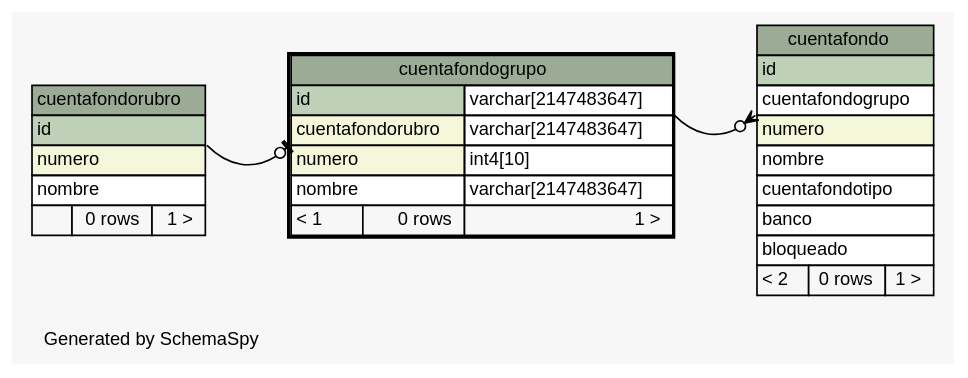
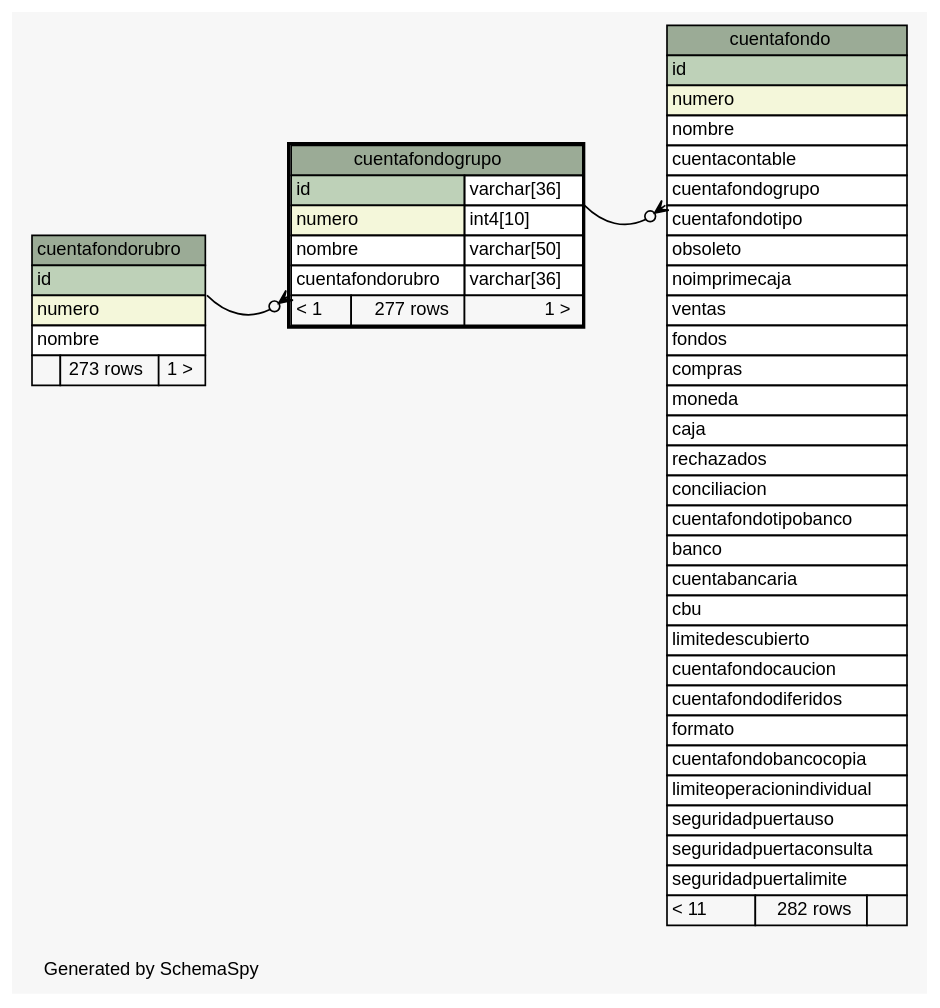
The diagram in postgresql/schemaSpy/salida/diagrams/cuentafondogrupo.1degree.dot (diegopablomansilla/massoftware_front), drawn with Graphviz before and after one commit. The commit also changed 546 other files, not shown here.

```diff
--- a/postgresql/schemaSpy/salida/diagrams/cuentafondogrupo.1degree.dot
+++ b/postgresql/schemaSpy/salida/diagrams/cuentafondogrupo.1degree.dot
@@ -1,65 +1,86 @@
 // dot 2.2.1 on Windows 10 10.0
 // SchemaSpy rev 590
 digraph "oneDegreeRelationshipsDiagram" {
   graph [
     rankdir="RL"
     bgcolor="#f7f7f7"
     label="\nGenerated by SchemaSpy"
     labeljust="l"
     nodesep="0.18"
     ranksep="0.46"
     fontname="Helvetica"
     fontsize="11"
   ];
   node [
     fontname="Helvetica"
     fontsize="11"
     shape="plaintext"
   ];
   edge [
     arrowsize="0.8"
   ];
   "cuentafondo":"cuentafondogrupo":sw -> "cuentafondogrupo":"id.type":se [arrowhead=none dir=back arrowtail=crowodot];
-  "cuentafondogrupo":"cuentafondorubro":sw -> "cuentafondorubro":"id":se [arrowhead=none dir=back arrowtail=teeodot];
+  "cuentafondogrupo":"cuentafondorubro":sw -> "cuentafondorubro":"id":se [arrowhead=none dir=back arrowtail=crowodot];
   "cuentafondo" [
     label=<
     <TABLE BORDER="0" CELLBORDER="1" CELLSPACING="0" BGCOLOR="#ffffff">
       <TR><TD COLSPAN="3" BGCOLOR="#9bab96" ALIGN="CENTER">cuentafondo</TD></TR>
       <TR><TD PORT="id" COLSPAN="3" BGCOLOR="#bed1b8" ALIGN="LEFT">id</TD></TR>
-      <TR><TD PORT="cuentafondogrupo" COLSPAN="3" ALIGN="LEFT">cuentafondogrupo</TD></TR>
       <TR><TD PORT="numero" COLSPAN="3" BGCOLOR="#f4f7da" ALIGN="LEFT">numero</TD></TR>
       <TR><TD PORT="nombre" COLSPAN="3" ALIGN="LEFT">nombre</TD></TR>
+      <TR><TD PORT="cuentacontable" COLSPAN="3" ALIGN="LEFT">cuentacontable</TD></TR>
+      <TR><TD PORT="cuentafondogrupo" COLSPAN="3" ALIGN="LEFT">cuentafondogrupo</TD></TR>
       <TR><TD PORT="cuentafondotipo" COLSPAN="3" ALIGN="LEFT">cuentafondotipo</TD></TR>
+      <TR><TD PORT="obsoleto" COLSPAN="3" ALIGN="LEFT">obsoleto</TD></TR>
+      <TR><TD PORT="noimprimecaja" COLSPAN="3" ALIGN="LEFT">noimprimecaja</TD></TR>
+      <TR><TD PORT="ventas" COLSPAN="3" ALIGN="LEFT">ventas</TD></TR>
+      <TR><TD PORT="fondos" COLSPAN="3" ALIGN="LEFT">fondos</TD></TR>
+      <TR><TD PORT="compras" COLSPAN="3" ALIGN="LEFT">compras</TD></TR>
+      <TR><TD PORT="moneda" COLSPAN="3" ALIGN="LEFT">moneda</TD></TR>
+      <TR><TD PORT="caja" COLSPAN="3" ALIGN="LEFT">caja</TD></TR>
+      <TR><TD PORT="rechazados" COLSPAN="3" ALIGN="LEFT">rechazados</TD></TR>
+      <TR><TD PORT="conciliacion" COLSPAN="3" ALIGN="LEFT">conciliacion</TD></TR>
+      <TR><TD PORT="cuentafondotipobanco" COLSPAN="3" ALIGN="LEFT">cuentafondotipobanco</TD></TR>
       <TR><TD PORT="banco" COLSPAN="3" ALIGN="LEFT">banco</TD></TR>
-      <TR><TD PORT="bloqueado" COLSPAN="3" ALIGN="LEFT">bloqueado</TD></TR>
-      <TR><TD ALIGN="LEFT" BGCOLOR="#f7f7f7">&lt; 2</TD><TD ALIGN="RIGHT" BGCOLOR="#f7f7f7">0 rows</TD><TD ALIGN="RIGHT" BGCOLOR="#f7f7f7">1 &gt;</TD></TR>
+      <TR><TD PORT="cuentabancaria" COLSPAN="3" ALIGN="LEFT">cuentabancaria</TD></TR>
+      <TR><TD PORT="cbu" COLSPAN="3" ALIGN="LEFT">cbu</TD></TR>
+      <TR><TD PORT="limitedescubierto" COLSPAN="3" ALIGN="LEFT">limitedescubierto</TD></TR>
+      <TR><TD PORT="cuentafondocaucion" COLSPAN="3" ALIGN="LEFT">cuentafondocaucion</TD></TR>
+      <TR><TD PORT="cuentafondodiferidos" COLSPAN="3" ALIGN="LEFT">cuentafondodiferidos</TD></TR>
+      <TR><TD PORT="formato" COLSPAN="3" ALIGN="LEFT">formato</TD></TR>
+      <TR><TD PORT="cuentafondobancocopia" COLSPAN="3" ALIGN="LEFT">cuentafondobancocopia</TD></TR>
+      <TR><TD PORT="limiteoperacionindividual" COLSPAN="3" ALIGN="LEFT">limiteoperacionindividual</TD></TR>
+      <TR><TD PORT="seguridadpuertauso" COLSPAN="3" ALIGN="LEFT">seguridadpuertauso</TD></TR>
+      <TR><TD PORT="seguridadpuertaconsulta" COLSPAN="3" ALIGN="LEFT">seguridadpuertaconsulta</TD></TR>
+      <TR><TD PORT="seguridadpuertalimite" COLSPAN="3" ALIGN="LEFT">seguridadpuertalimite</TD></TR>
+      <TR><TD ALIGN="LEFT" BGCOLOR="#f7f7f7">&lt; 11</TD><TD ALIGN="RIGHT" BGCOLOR="#f7f7f7">282 rows</TD><TD ALIGN="RIGHT" BGCOLOR="#f7f7f7">  </TD></TR>
     </TABLE>>
     URL="cuentafondo.html"
     tooltip="cuentafondo"
   ];
   "cuentafondogrupo" [
     label=<
     <TABLE BORDER="2" CELLBORDER="1" CELLSPACING="0" BGCOLOR="#ffffff">
       <TR><TD COLSPAN="3" BGCOLOR="#9bab96" ALIGN="CENTER">cuentafondogrupo</TD></TR>
-      <TR><TD PORT="id" COLSPAN="2" BGCOLOR="#bed1b8" ALIGN="LEFT">id</TD><TD PORT="id.type" ALIGN="LEFT">varchar[2147483647]</TD></TR>
-      <TR><TD PORT="cuentafondorubro" COLSPAN="2" BGCOLOR="#f4f7da" ALIGN="LEFT">cuentafondorubro</TD><TD PORT="cuentafondorubro.type" ALIGN="LEFT">varchar[2147483647]</TD></TR>
+      <TR><TD PORT="id" COLSPAN="2" BGCOLOR="#bed1b8" ALIGN="LEFT">id</TD><TD PORT="id.type" ALIGN="LEFT">varchar[36]</TD></TR>
       <TR><TD PORT="numero" COLSPAN="2" BGCOLOR="#f4f7da" ALIGN="LEFT">numero</TD><TD PORT="numero.type" ALIGN="LEFT">int4[10]</TD></TR>
-      <TR><TD PORT="nombre" COLSPAN="2" ALIGN="LEFT">nombre</TD><TD PORT="nombre.type" ALIGN="LEFT">varchar[2147483647]</TD></TR>
-      <TR><TD ALIGN="LEFT" BGCOLOR="#f7f7f7">&lt; 1</TD><TD ALIGN="RIGHT" BGCOLOR="#f7f7f7">0 rows</TD><TD ALIGN="RIGHT" BGCOLOR="#f7f7f7">1 &gt;</TD></TR>
+      <TR><TD PORT="nombre" COLSPAN="2" ALIGN="LEFT">nombre</TD><TD PORT="nombre.type" ALIGN="LEFT">varchar[50]</TD></TR>
+      <TR><TD PORT="cuentafondorubro" COLSPAN="2" ALIGN="LEFT">cuentafondorubro</TD><TD PORT="cuentafondorubro.type" ALIGN="LEFT">varchar[36]</TD></TR>
+      <TR><TD ALIGN="LEFT" BGCOLOR="#f7f7f7">&lt; 1</TD><TD ALIGN="RIGHT" BGCOLOR="#f7f7f7">277 rows</TD><TD ALIGN="RIGHT" BGCOLOR="#f7f7f7">1 &gt;</TD></TR>
     </TABLE>>
     URL="cuentafondogrupo.html"
     tooltip="cuentafondogrupo"
   ];
   "cuentafondorubro" [
     label=<
     <TABLE BORDER="0" CELLBORDER="1" CELLSPACING="0" BGCOLOR="#ffffff">
       <TR><TD COLSPAN="3" BGCOLOR="#9bab96" ALIGN="CENTER">cuentafondorubro</TD></TR>
       <TR><TD PORT="id" COLSPAN="3" BGCOLOR="#bed1b8" ALIGN="LEFT">id</TD></TR>
       <TR><TD PORT="numero" COLSPAN="3" BGCOLOR="#f4f7da" ALIGN="LEFT">numero</TD></TR>
       <TR><TD PORT="nombre" COLSPAN="3" ALIGN="LEFT">nombre</TD></TR>
-      <TR><TD ALIGN="LEFT" BGCOLOR="#f7f7f7">  </TD><TD ALIGN="RIGHT" BGCOLOR="#f7f7f7">0 rows</TD><TD ALIGN="RIGHT" BGCOLOR="#f7f7f7">1 &gt;</TD></TR>
+      <TR><TD ALIGN="LEFT" BGCOLOR="#f7f7f7">  </TD><TD ALIGN="RIGHT" BGCOLOR="#f7f7f7">273 rows</TD><TD ALIGN="RIGHT" BGCOLOR="#f7f7f7">1 &gt;</TD></TR>
     </TABLE>>
     URL="cuentafondorubro.html"
     tooltip="cuentafondorubro"
   ];
 }
```
